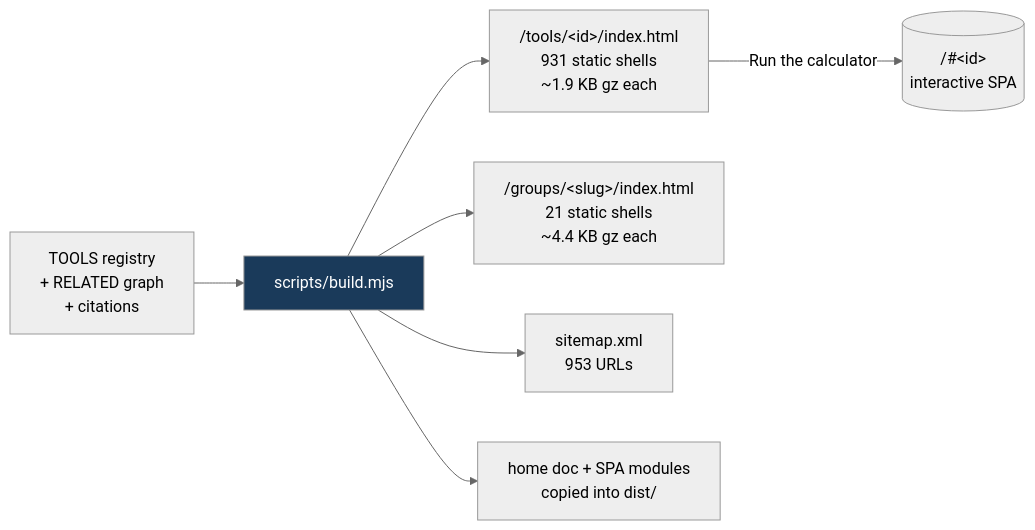
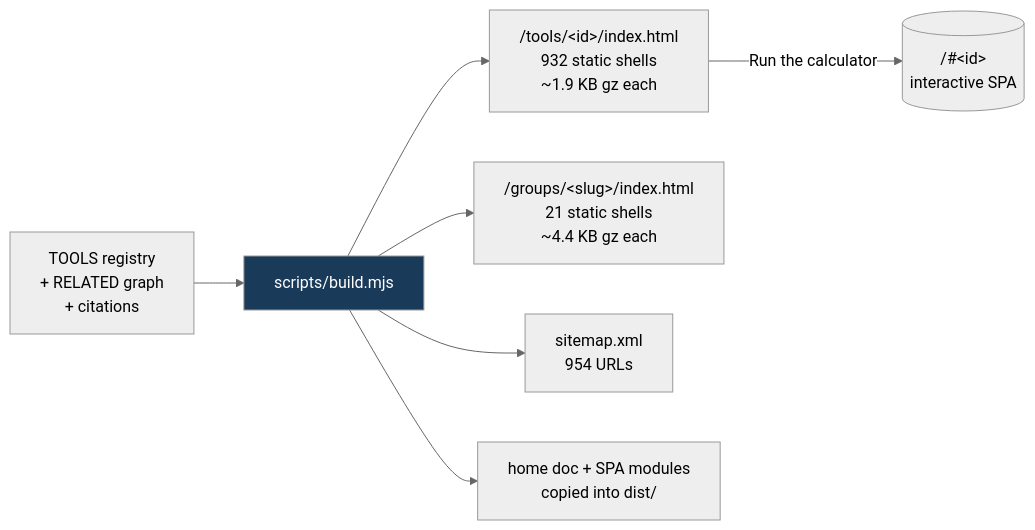
The fifth of 8 diagrams in README.md (clay-good/roughlogic.com), drawn with Mermaid (neutral theme) before and after one commit. The commit also changed other lines of this file and 17 other files, not shown here.

````diff
--- a/README.md
+++ b/README.md
@@ -495,10 +495,10 @@
 ```mermaid
 flowchart LR
     SRC[TOOLS registry\n+ RELATED graph\n+ citations] --> BUILD[scripts/build.mjs]
-    BUILD --> TILE["/tools/&lt;id&gt;/index.html\n931 static shells\n~1.9 KB gz each"]
+    BUILD --> TILE["/tools/&lt;id&gt;/index.html\n932 static shells\n~1.9 KB gz each"]
     BUILD --> GROUP["/groups/&lt;slug&gt;/index.html\n21 static shells\n~4.4 KB gz each"]
-    BUILD --> MAP["sitemap.xml\n953 URLs"]
+    BUILD --> MAP["sitemap.xml\n954 URLs"]
     BUILD --> COPY[home doc + SPA modules\ncopied into dist/]
     TILE -->|Run the calculator| SPA[("/#&lt;id&gt;\ninteractive SPA")]
     style BUILD fill:#1a3a5a,color:#fff
 ```
````
